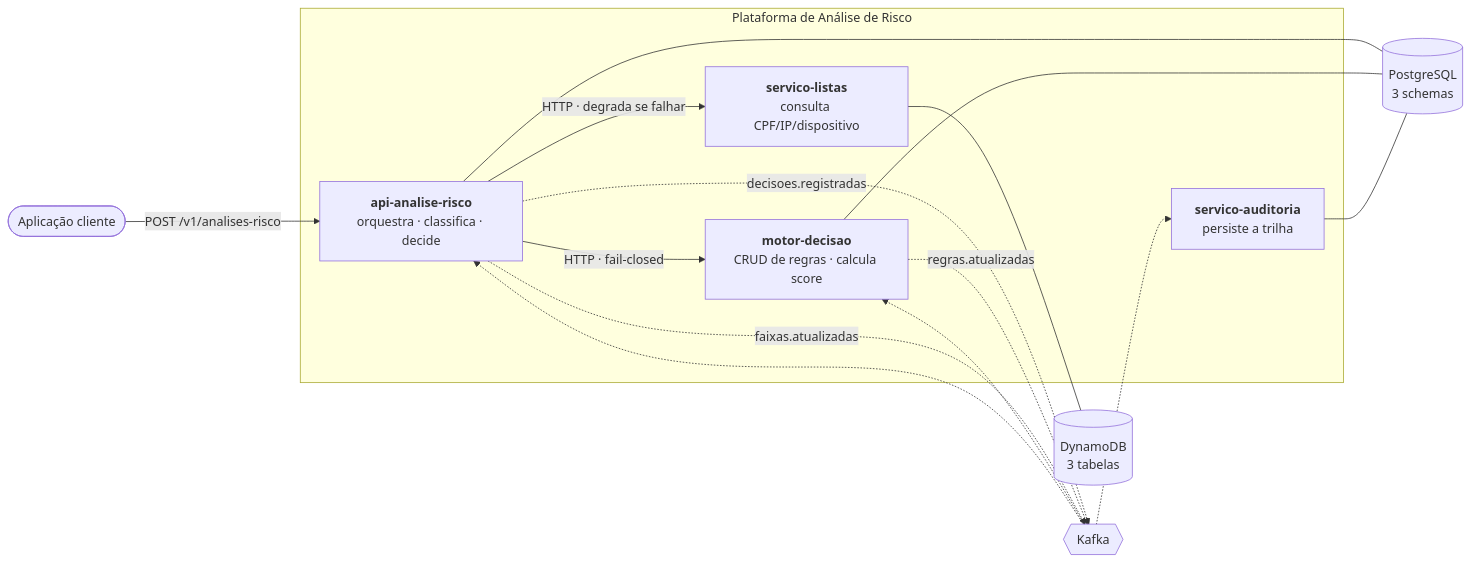
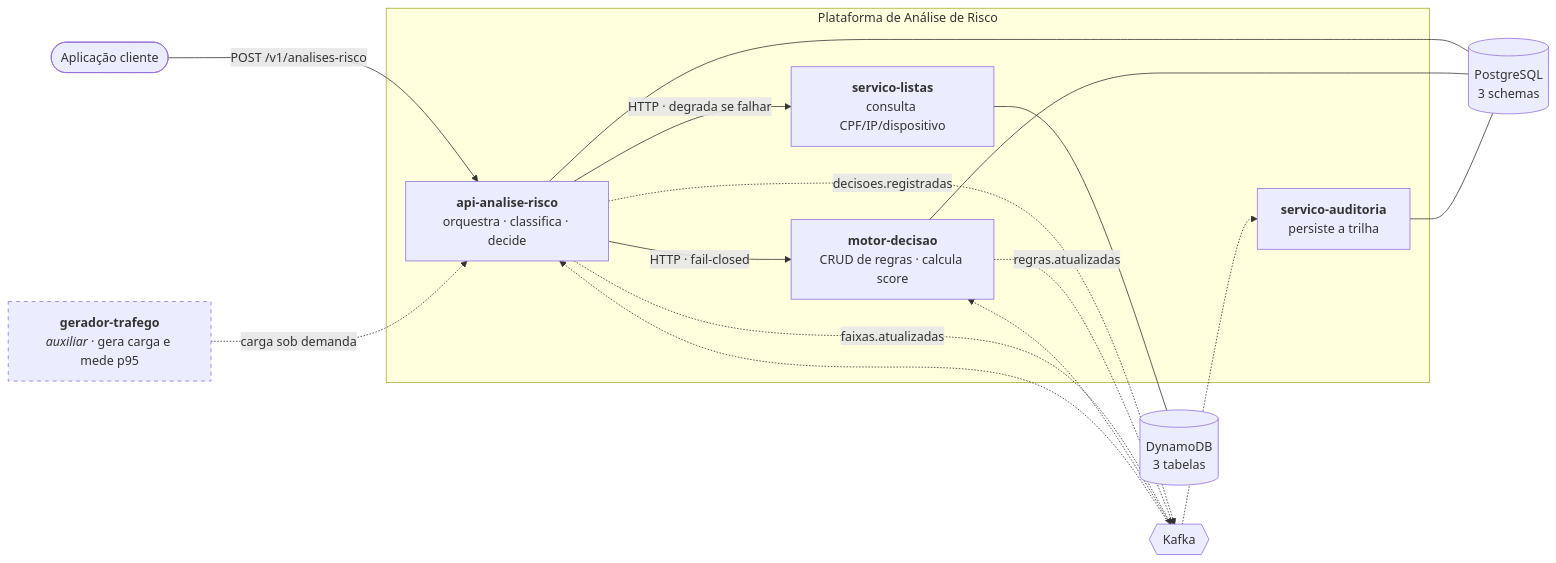
One commit to roquerodrigo/desafio-tecnico-especialista-prevencao-fraudes changed the first of 2 diagrams in README.md. Above: the diagram before and after it, drawn with Mermaid. The commit also changed other lines of this file and 5 other files, not shown here.

````diff
--- a/README.md
+++ b/README.md
@@ -187,30 +187,35 @@
 ```mermaid
 flowchart LR
     Cliente([Aplicação cliente])
 
     subgraph plataforma["Plataforma de Análise de Risco"]
         API["<b>api-analise-risco</b><br/>orquestra · classifica · decide"]
         LISTAS["<b>servico-listas</b><br/>consulta CPF/IP/dispositivo"]
         MOTOR["<b>motor-decisao</b><br/>CRUD de regras · calcula score"]
         AUDIT["<b>servico-auditoria</b><br/>persiste a trilha"]
     end
+
+    GER["<b>gerador-trafego</b><br/><i>auxiliar</i> · gera carga e mede p95"]
 
     PG[(PostgreSQL<br/>3 schemas)]
     DDB[(DynamoDB<br/>3 tabelas)]
     K{{Kafka}}
 
     Cliente -->|POST /v1/analises-risco| API
     API -->|HTTP · degrada se falhar| LISTAS
     API -->|HTTP · fail-closed| MOTOR
     API -.->|decisoes.registradas| K
     K -.-> AUDIT
     MOTOR -.->|regras.atualizadas| K
     K -.-> MOTOR
     API -.->|faixas.atualizadas| K
     K -.-> API
 
     API --- PG
     MOTOR --- PG
     AUDIT --- PG
     LISTAS --- DDB
+
+    GER -.->|carga sob demanda| API
+    style GER stroke-dasharray: 5 5
 ```
````
